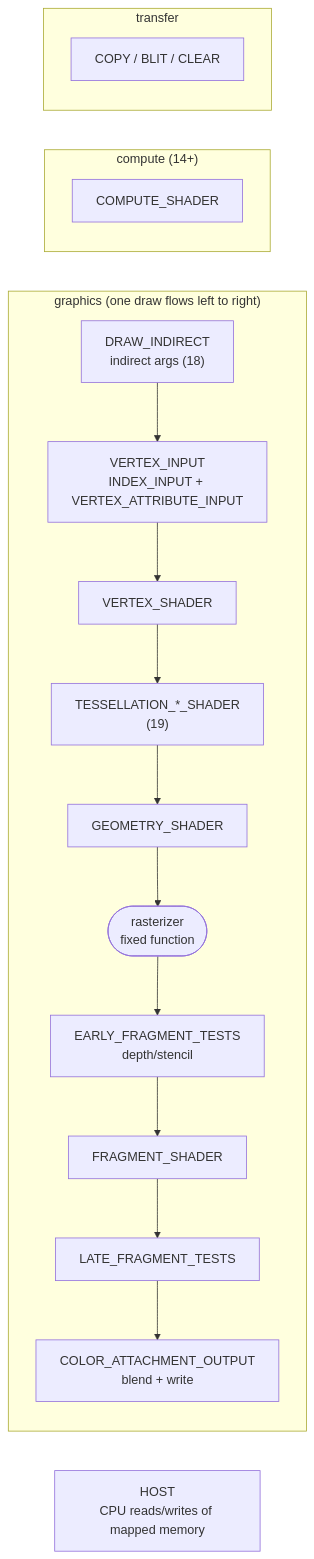
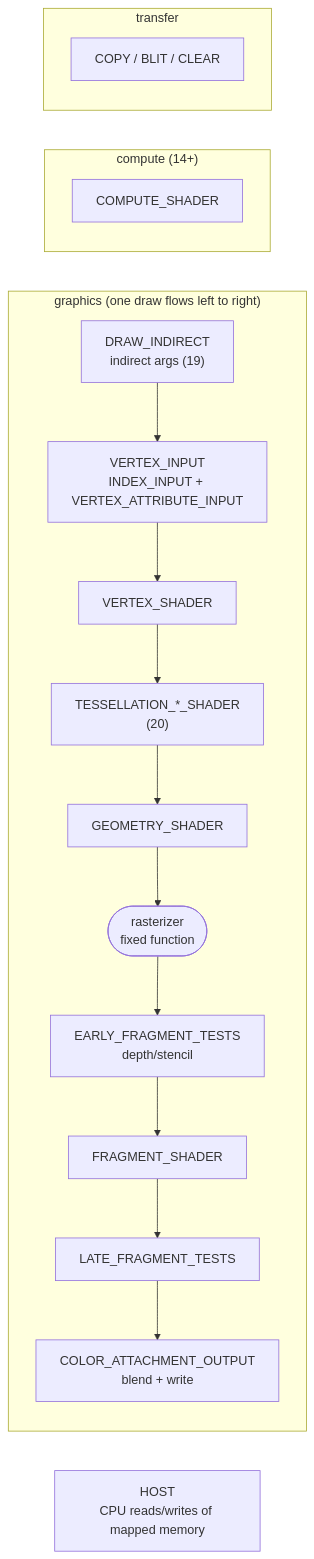
One commit to NitishPuri/glint changed the diagram in docs/gl-vs-vk.md. Above: the diagram before and after it, drawn with Mermaid. The commit also changed other lines of this file and 26 other files, not shown here.

````diff
--- a/docs/gl-vs-vk.md
+++ b/docs/gl-vs-vk.md
@@ -10,16 +10,16 @@
 ```mermaid
 flowchart LR
     subgraph G["graphics (one draw flows left to right)"]
-        DI["DRAW_INDIRECT<br/>indirect args (18)"] --> VI["VERTEX_INPUT<br/>INDEX_INPUT + VERTEX_ATTRIBUTE_INPUT"]
-        VI --> VS["VERTEX_SHADER"] --> TS["TESSELLATION_*_SHADER<br/>(19)"] --> GS["GEOMETRY_SHADER"]
+        DI["DRAW_INDIRECT<br/>indirect args (19)"] --> VI["VERTEX_INPUT<br/>INDEX_INPUT + VERTEX_ATTRIBUTE_INPUT"]
+        VI --> VS["VERTEX_SHADER"] --> TS["TESSELLATION_*_SHADER<br/>(20)"] --> GS["GEOMETRY_SHADER"]
         GS --> RS(["rasterizer<br/>fixed function"]) --> EF["EARLY_FRAGMENT_TESTS<br/>depth/stencil"]
         EF --> FS["FRAGMENT_SHADER"] --> LF["LATE_FRAGMENT_TESTS"] --> CO["COLOR_ATTACHMENT_OUTPUT<br/>blend + write"]
     end
     subgraph C["compute (14+)"]
         CS["COMPUTE_SHADER"]
     end
     subgraph T["transfer"]
         CP["COPY / BLIT / CLEAR"]
     end
     H["HOST<br/>CPU reads/writes of mapped memory"]
 ```
````
